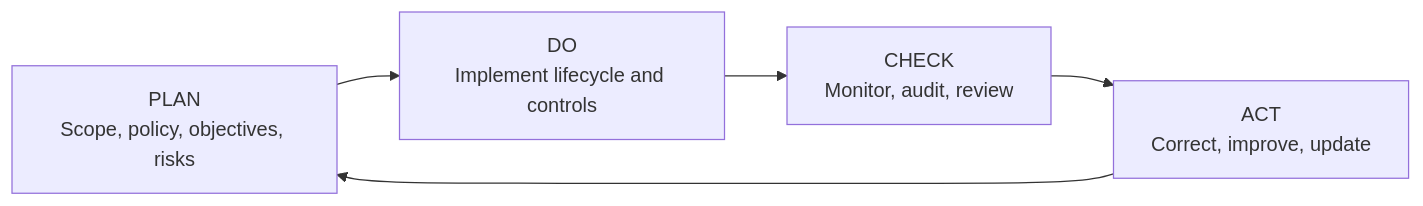
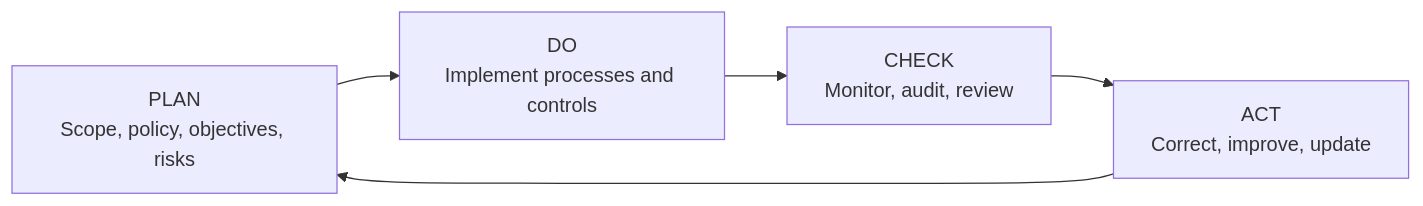
The second of 2 diagrams in README.md (suchan99/iso-42001-ai-management-system-framework), drawn with Mermaid before and after one commit. The commit also changed other lines of this file and 5 other files, not shown here.

````diff
--- a/README.md
+++ b/README.md
@@ -51,7 +167,11 @@
 ```mermaid
 flowchart LR
-    A[PLAN\nScope, policy, objectives, risks] --> B[DO\nImplement lifecycle and controls]
-    B --> C[CHECK\nMonitor, audit, review]
-    C --> D[ACT\nCorrect, improve, update]
+    A[PLAN
+Scope, policy, objectives, risks] --> B[DO
+Implement processes and controls]
+    B --> C[CHECK
+Monitor, audit, review]
+    C --> D[ACT
+Correct, improve, update]
     D --> A
 ```
````
